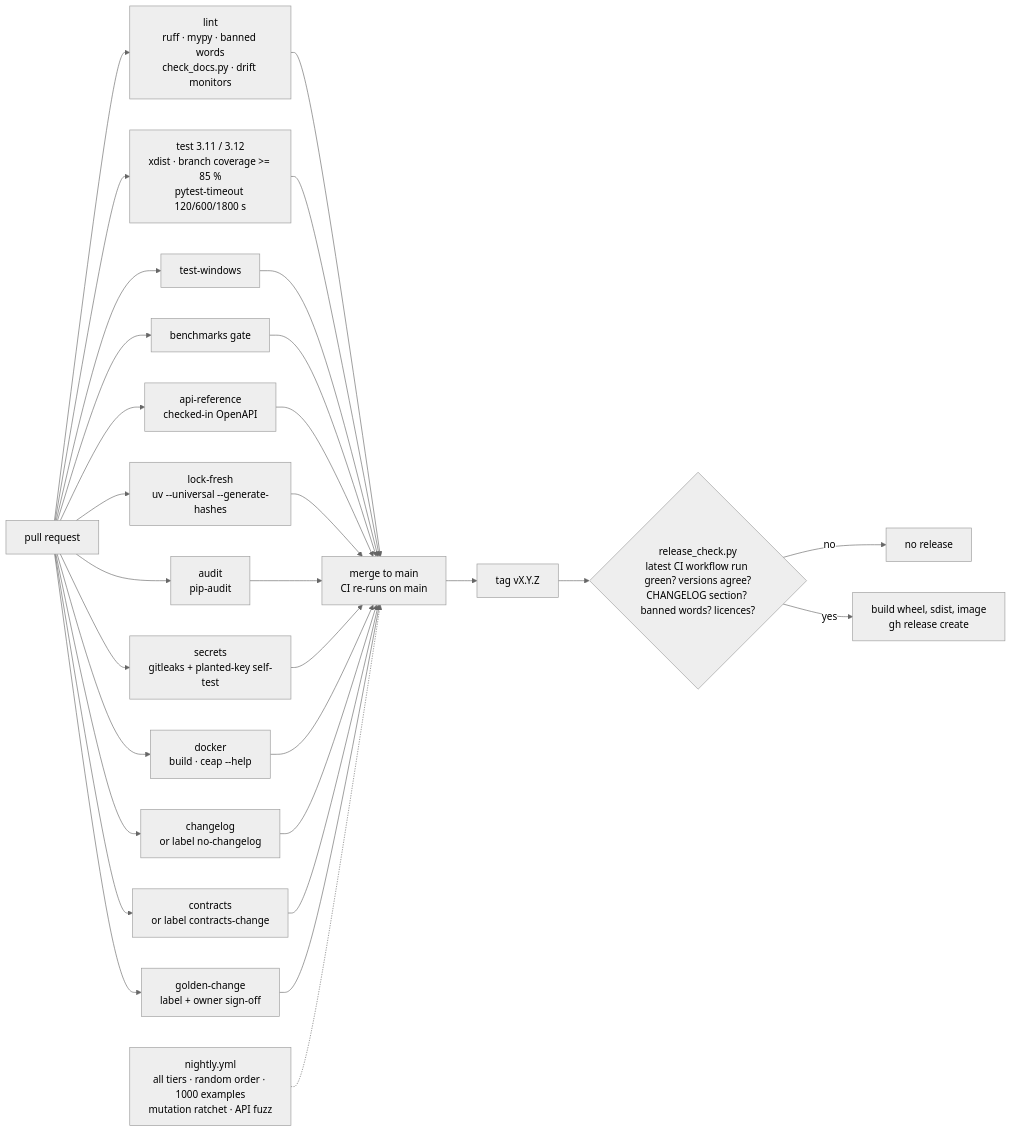
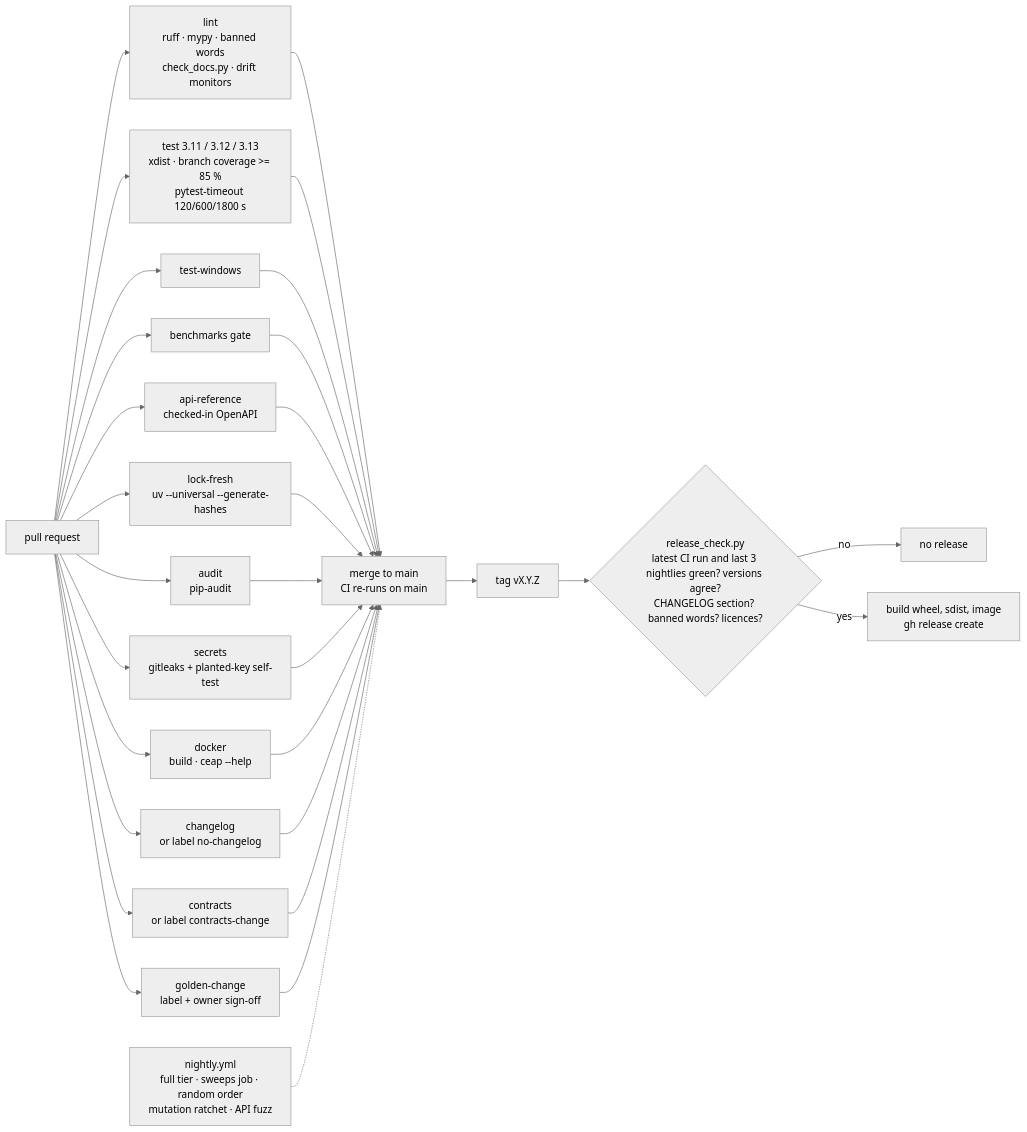
One commit to AshJha0/AgenticAICashEquities changed the tenth of 20 diagrams in docs/DIAGRAMS.md. Above: the diagram before and after it, drawn with Mermaid (neutral theme). The commit also changed other lines of this file and 3 other files, not shown here.

Commit message:
Docs: v0.10.0 and paused status in README; judge enables no dimension (T10); CI diagram 3.13 and nightly gate

````diff
--- a/docs/DIAGRAMS.md
+++ b/docs/DIAGRAMS.md
@@ -339,21 +339,21 @@
 ```mermaid
 flowchart LR
     PR["pull request"] --> L["lint<br/>ruff · mypy · banned words<br/>check_docs.py · drift monitors"]
     PR --> W["test-windows"]
     PR --> BM["benchmarks gate"]
     PR --> AR["api-reference<br/>checked-in OpenAPI"]
-    PR --> T["test 3.11 / 3.12<br/>xdist · branch coverage >= 85 %<br/>pytest-timeout 120/600/1800 s"]
+    PR --> T["test 3.11 / 3.12 / 3.13<br/>xdist · branch coverage >= 85 %<br/>pytest-timeout 120/600/1800 s"]
     PR --> LF["lock-fresh<br/>uv --universal --generate-hashes"]
     PR --> A["audit<br/>pip-audit"]
     PR --> S["secrets<br/>gitleaks + planted-key self-test"]
     PR --> D["docker<br/>build · ceap --help"]
     PR --> C["changelog<br/>or label no-changelog"]
     PR --> K["contracts<br/>or label contracts-change"]
     PR --> GC["golden-change<br/>label + owner sign-off"]
     L & T & W & BM & AR & LF & A & S & D & C & K & GC --> M["merge to main<br/>CI re-runs on main"]
     M --> TAG["tag vX.Y.Z"]
-    TAG --> G{"release_check.py<br/>latest CI workflow run green? versions agree?<br/>CHANGELOG section? banned words? licences?"}
+    TAG --> G{"release_check.py<br/>latest CI run and last 3 nightlies green? versions agree?<br/>CHANGELOG section? banned words? licences?"}
     G -- no --> X["no release"]
     G -- yes --> P["build wheel, sdist, image<br/>gh release create"]
-    N["nightly.yml<br/>all tiers · random order · 1000 examples<br/>mutation ratchet · API fuzz"] -.-> M
+    N["nightly.yml<br/>full tier · sweeps job · random order<br/>mutation ratchet · API fuzz"] -.-> M
 ```
````
